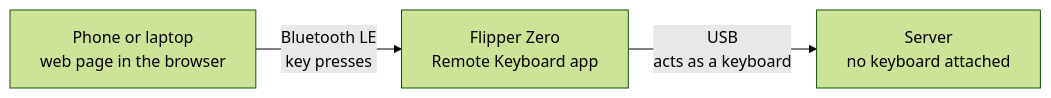
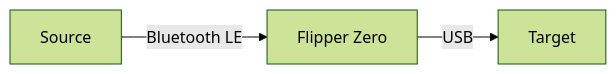
Before and after one commit to jaansusi/flipper-bt-keyboard: the diagram in README.md, drawn with Mermaid (forest theme). The commit also changed other lines of this file and 13 other files, not shown here.

````diff
--- a/README.md
+++ b/README.md
@@ -25,8 +23,8 @@
 ```mermaid
 flowchart LR
-    phone["Phone or laptop<br/>web page in the browser"]
-    flipper["Flipper Zero<br/>Remote Keyboard app"]
-    server["Server<br/>no keyboard attached"]
-    phone -- "Bluetooth LE<br/>key presses" --> flipper
-    flipper -- "USB<br/>acts as a keyboard" --> server
+    source["Source"]
+    flipper["Flipper Zero"]
+    target["Target"]
+    source -- "Bluetooth LE" --> flipper
+    flipper -- "USB" --> target
 ```
````
